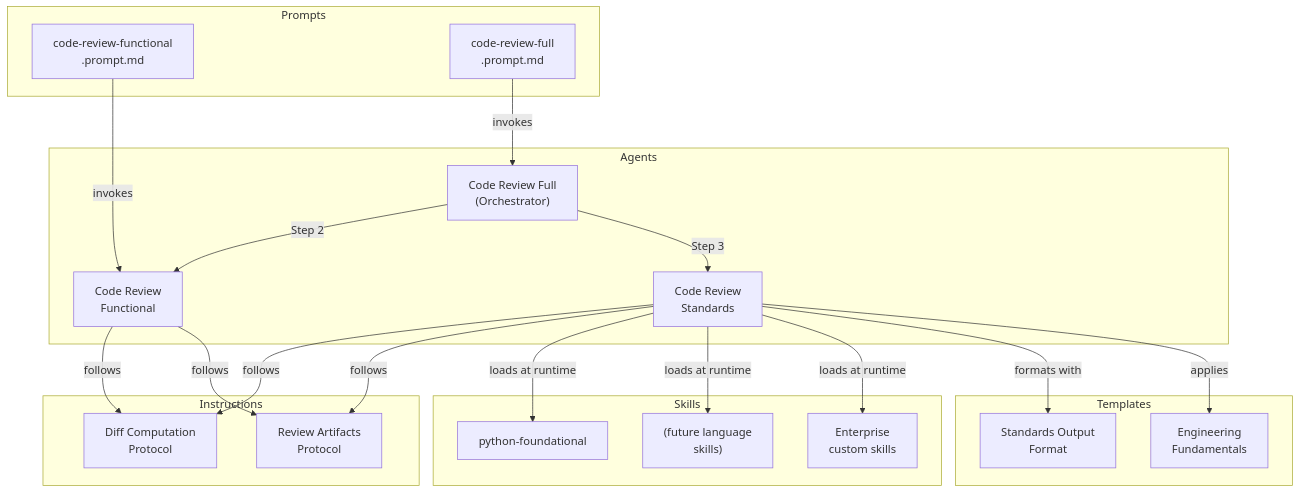
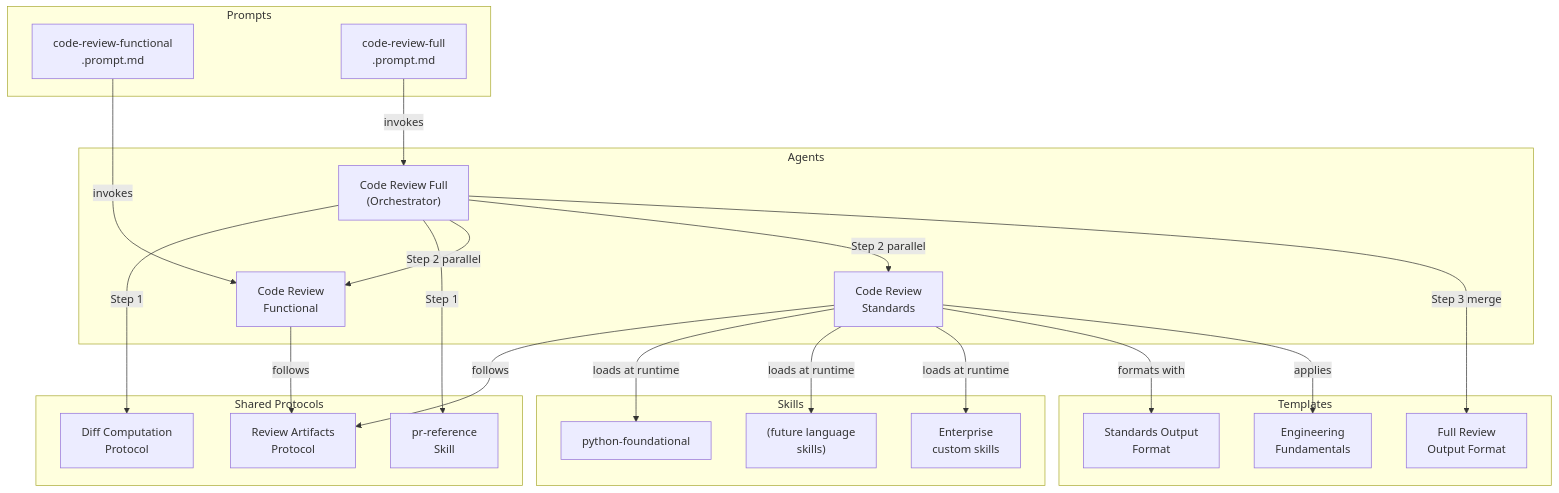
One commit to microsoft/hve-core changed the first of 2 diagrams in docs/agents/code-review/README.md. Above: the diagram before and after it, drawn with Mermaid. The commit also changed other lines of this file and 5 other files, not shown here.

First line of the commit message:
feat(code-review): add parallel subagent orchestration for full code review

````diff
--- a/docs/agents/code-review/README.md
+++ b/docs/agents/code-review/README.md
@@ -41,41 +41,43 @@
 ```mermaid
 flowchart TD
   subgraph Prompts
     P1["code-review-functional<br/>.prompt.md"]
     P2["code-review-full<br/>.prompt.md"]
   end
 
   subgraph Agents
     AF["Code Review<br/>Functional"]
     AS["Code Review<br/>Standards"]
     AO["Code Review Full<br/>(Orchestrator)"]
   end
 
-  subgraph Instructions
+  subgraph "Shared Protocols"
     D["Diff Computation<br/>Protocol"]
     R["Review Artifacts<br/>Protocol"]
+    PR["pr-reference<br/>Skill"]
   end
 
   subgraph Skills
     S1["python-foundational"]
     S2["(future language<br/>skills)"]
     S3["Enterprise<br/>custom skills"]
   end
 
   subgraph Templates
     T1["Standards Output<br/>Format"]
-    T2["Engineering<br/>Fundamentals"]
+    T2["Full Review<br/>Output Format"]
+    T3["Engineering<br/>Fundamentals"]
   end
 
   P1 -->|"invokes"| AF
   P2 -->|"invokes"| AO
-  AO -->|"Step 2"| AF
-  AO -->|"Step 3"| AS
-  AF -->|"follows"| D
-  AS -->|"follows"| D
+  AO -->|"Step 1"| D
+  AO -->|"Step 1"| PR
+  AO -->|"Step 2 parallel"| AF & AS
   AF -->|"follows"| R
   AS -->|"follows"| R
   AS -->|"loads at runtime"| S1 & S2 & S3
   AS -->|"formats with"| T1
-  AS -->|"applies"| T2
+  AS -->|"applies"| T3
+  AO -->|"Step 3 merge"| T2
 ```
````
